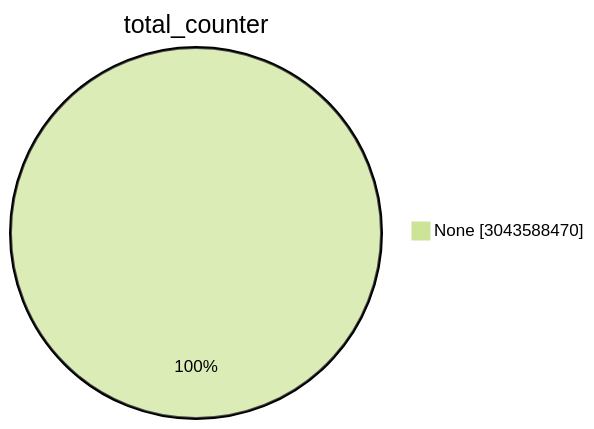
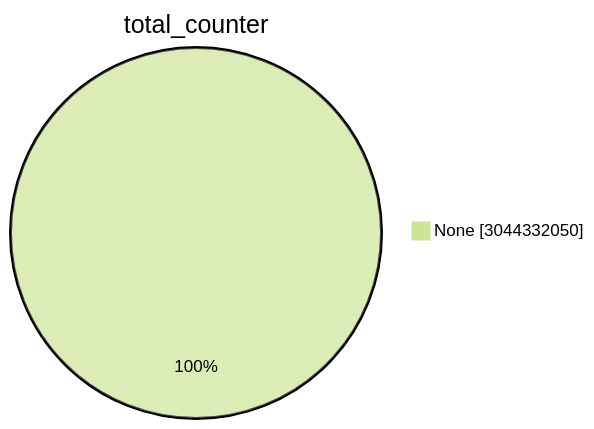
Before and after one commit to christiankrug/ctmonitor_visualization: the first of 15 diagrams in TOTAL/README.md, drawn with Mermaid (forest theme). The commit also changed other lines of this file, not shown here.

````diff
--- a/TOTAL/README.md
+++ b/TOTAL/README.md
@@ -1,5 +1,5 @@
 ```mermaid
 pie showData
 title total_counter
-"None" :3043588470
+"None" :3044332050
 ```
````
